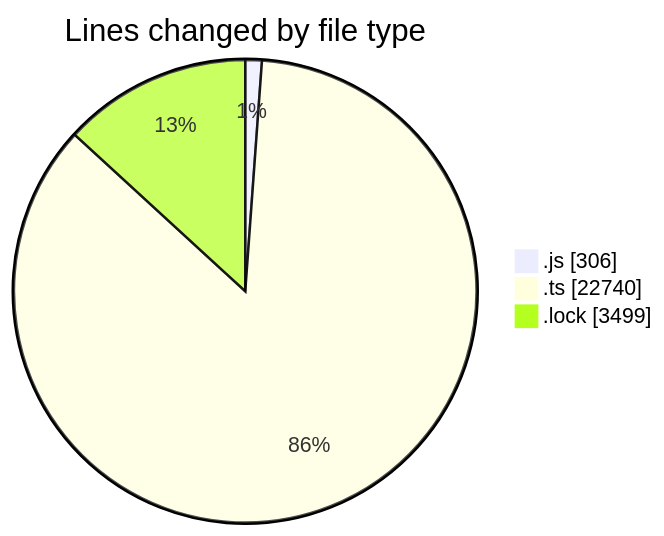
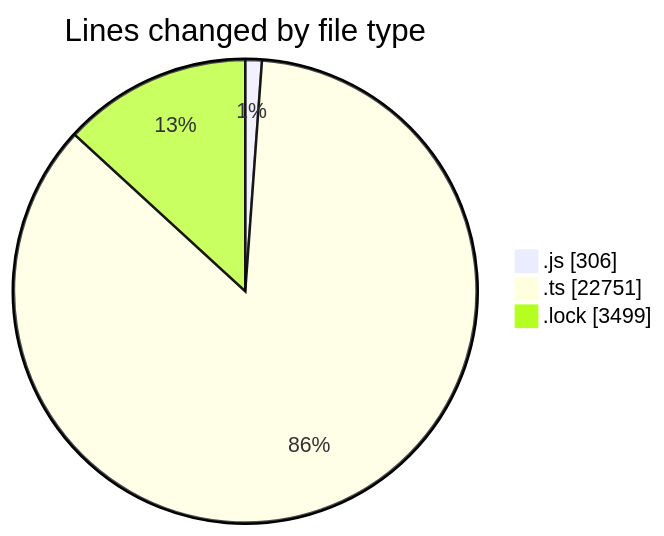
The first of 2 diagrams in 2025-05-27/cda/README.md (momahboobian/code-tracking), drawn with Mermaid before and after one commit. The commit also changed other lines of this file and 1 other file, not shown here.

````diff
--- a/2025-05-27/cda/README.md
+++ b/2025-05-27/cda/README.md
@@ -28,7 +28,7 @@
 ```mermaid
 pie showData
 title Lines changed by file type
 ".js" : 306
-".ts" : 22740
+".ts" : 22751
 ".lock" : 3499
 ```
````
